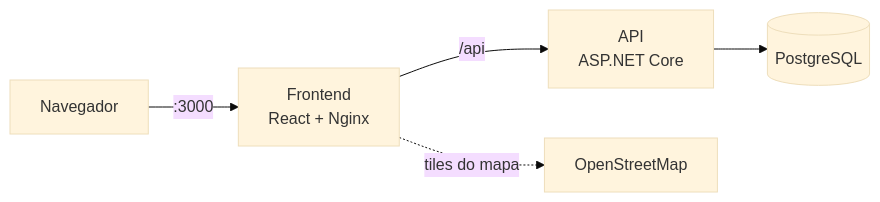
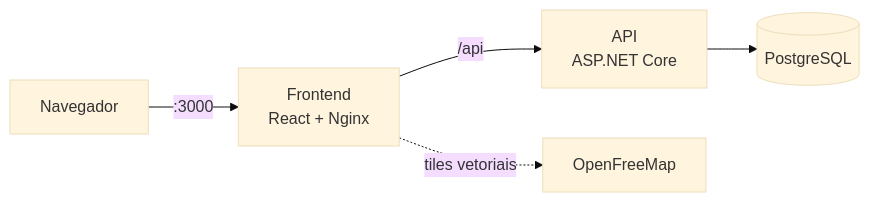
The diagram in README.md (gabrielgomeslira/Fleet-Track), drawn with Mermaid (base theme) before and after one commit. The commit also changed other lines of this file and 17 other files, not shown here.

Commit message:
feat(frontend): trocar mapa por MapLibre em chunk com marcadores acessiveis (T-81)

````diff
--- a/README.md
+++ b/README.md
@@ -109,7 +121,7 @@
 ```mermaid
 flowchart LR
     U[Navegador] -->|:3000| F[Frontend<br/>React + Nginx]
     F -->|/api| B[API<br/>ASP.NET Core]
     B --> D[(PostgreSQL)]
-    F -.->|tiles do mapa| M[OpenStreetMap]
+    F -.->|tiles vetoriais| M[OpenFreeMap]
 ```
````
